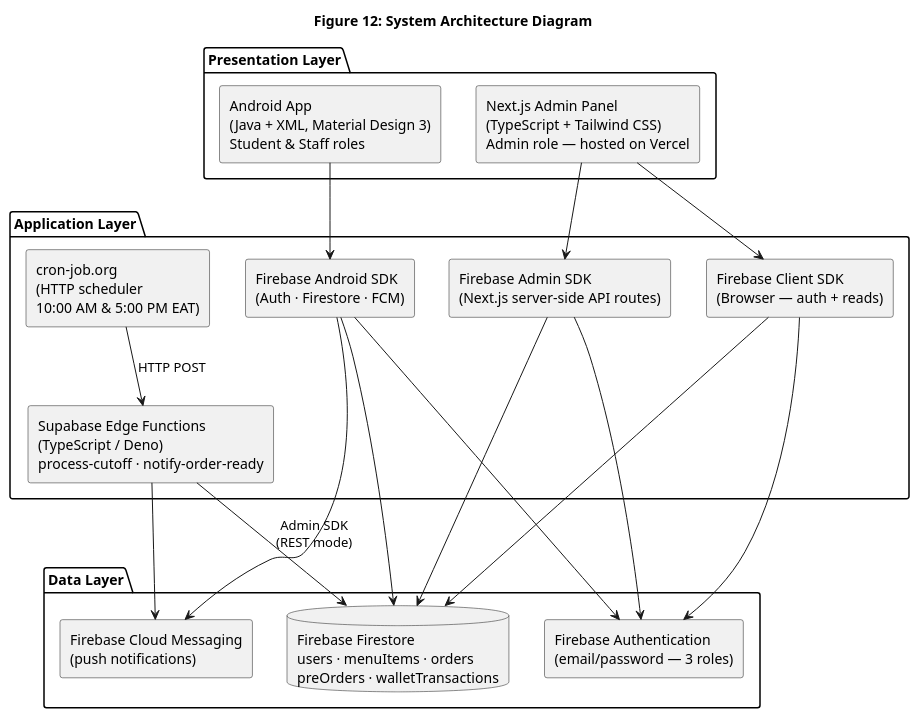
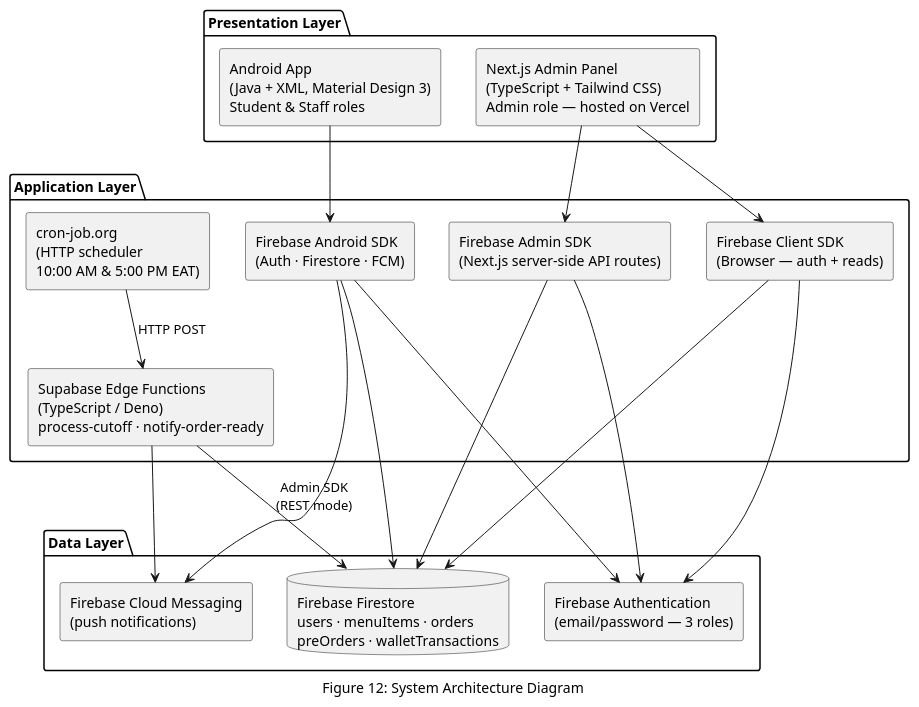
Before and after one commit to Musyonchez/beni-2: the first of 9 diagrams in pdf-source/figures/ch-5.md, drawn with PlantUML. The commit also changed other lines of this file and 30 other files, not shown here.

First line of the commit message:
chore: update figures, add generated PNGs, fix figure follow-up paragraphs

````diff
--- a/pdf-source/figures/ch-5.md
+++ b/pdf-source/figures/ch-5.md
@@ -10,42 +10,42 @@
 ```plantuml
 @startuml Figure12_SystemArchitecture
 skinparam componentStyle rectangle
 skinparam backgroundColor white
 skinparam defaultFontName Arial
-title Figure 12: System Architecture Diagram
+caption Figure 12: System Architecture Diagram
 
 package "Presentation Layer" {
   [Android App\n(Java + XML, Material Design 3)\nStudent & Staff roles] as android
   [Next.js Admin Panel\n(TypeScript + Tailwind CSS)\nAdmin role — hosted on Vercel] as nextjs
 }
 
 package "Application Layer" {
   [Firebase Android SDK\n(Auth · Firestore · FCM)] as androidsdk
   [Firebase Client SDK\n(Browser — auth + reads)] as clientsdk
   [Firebase Admin SDK\n(Next.js server-side API routes)] as adminsdk
   [Supabase Edge Functions\n(TypeScript / Deno)\nprocess-cutoff · notify-order-ready] as supabase
   [cron-job.org\n(HTTP scheduler\n10:00 AM & 5:00 PM EAT)] as cron
 }
 
 package "Data Layer" {
   database "Firebase Firestore\nusers · menuItems · orders\npreOrders · walletTransactions" as firestore
   [Firebase Authentication\n(email/password — 3 roles)] as firebaseauth
   [Firebase Cloud Messaging\n(push notifications)] as fcm
 }
 
 android      --> androidsdk
 nextjs       --> clientsdk
 nextjs       --> adminsdk
 androidsdk   --> firestore
 androidsdk   --> firebaseauth
 androidsdk   --> fcm
 clientsdk    --> firestore
 clientsdk    --> firebaseauth
 adminsdk     --> firebaseauth
 adminsdk     --> firestore
 supabase     --> firestore : Admin SDK\n(REST mode)
 supabase     --> fcm
 cron         --> supabase : HTTP POST
 
 @enduml
 ```
````
